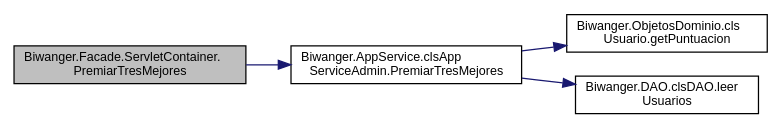
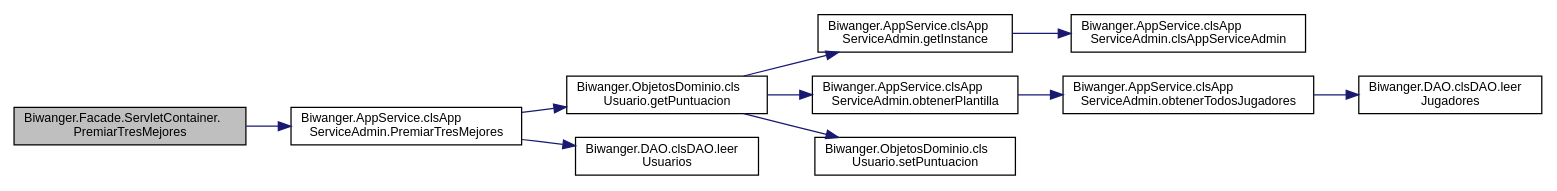
The diagram in docs/class_biwanger_1_1_facade_1_1_servlet_container_a8006bab79e1568517126c47868a90941_cgraph.dot (nagorecb/BiwangerServidor), drawn with Graphviz before and after one commit. The commit also changed 94 other files, not shown here.

```diff
--- a/docs/class_biwanger_1_1_facade_1_1_servlet_container_a8006bab79e1568517126c47868a90941_cgraph.dot
+++ b/docs/class_biwanger_1_1_facade_1_1_servlet_container_a8006bab79e1568517126c47868a90941_cgraph.dot
@@ -1,14 +1,26 @@
 digraph "Biwanger.Facade.ServletContainer.PremiarTresMejores"
 {
  // LATEX_PDF_SIZE
   edge [fontname="Helvetica",fontsize="10",labelfontname="Helvetica",labelfontsize="10"];
   node [fontname="Helvetica",fontsize="10",shape=record];
   rankdir="LR";
   Node1 [label="Biwanger.Facade.ServletContainer.\lPremiarTresMejores",height=0.2,width=0.4,color="black", fillcolor="grey75", style="filled", fontcolor="black",tooltip=" "];
   Node1 -> Node2 [color="midnightblue",fontsize="10",style="solid",fontname="Helvetica"];
   Node2 [label="Biwanger.AppService.clsApp\lServiceAdmin.PremiarTresMejores",height=0.2,width=0.4,color="black", fillcolor="white", style="filled",URL="$class_biwanger_1_1_app_service_1_1cls_app_service_admin.html#a745d1a0c5ea706ffd97616cb4d2e0672",tooltip=" "];
   Node2 -> Node3 [color="midnightblue",fontsize="10",style="solid",fontname="Helvetica"];
   Node3 [label="Biwanger.ObjetosDominio.cls\lUsuario.getPuntuacion",height=0.2,width=0.4,color="black", fillcolor="white", style="filled",URL="$class_biwanger_1_1_objetos_dominio_1_1cls_usuario.html#a8043716fb0488b460818ea29e73410e6",tooltip=" "];
-  Node2 -> Node4 [color="midnightblue",fontsize="10",style="solid",fontname="Helvetica"];
-  Node4 [label="Biwanger.DAO.clsDAO.leer\lUsuarios",height=0.2,width=0.4,color="black", fillcolor="white", style="filled",URL="$class_biwanger_1_1_d_a_o_1_1cls_d_a_o.html#ac5b5d7f6081c59086f4f9572bf639783",tooltip=" "];
+  Node3 -> Node4 [color="midnightblue",fontsize="10",style="solid",fontname="Helvetica"];
+  Node4 [label="Biwanger.AppService.clsApp\lServiceAdmin.getInstance",height=0.2,width=0.4,color="black", fillcolor="white", style="filled",URL="$class_biwanger_1_1_app_service_1_1cls_app_service_admin.html#a868f96796d94344e5a4b03e97086b7a1",tooltip=" "];
+  Node4 -> Node5 [color="midnightblue",fontsize="10",style="solid",fontname="Helvetica"];
+  Node5 [label="Biwanger.AppService.clsApp\lServiceAdmin.clsAppServiceAdmin",height=0.2,width=0.4,color="black", fillcolor="white", style="filled",URL="$class_biwanger_1_1_app_service_1_1cls_app_service_admin.html#a0737e02f68225f27d91758a1b57860b7",tooltip=" "];
+  Node3 -> Node6 [color="midnightblue",fontsize="10",style="solid",fontname="Helvetica"];
+  Node6 [label="Biwanger.AppService.clsApp\lServiceAdmin.obtenerPlantilla",height=0.2,width=0.4,color="black", fillcolor="white", style="filled",URL="$class_biwanger_1_1_app_service_1_1cls_app_service_admin.html#a7afcdff078b56c311f5f87faf3c085ff",tooltip=" "];
+  Node6 -> Node7 [color="midnightblue",fontsize="10",style="solid",fontname="Helvetica"];
+  Node7 [label="Biwanger.AppService.clsApp\lServiceAdmin.obtenerTodosJugadores",height=0.2,width=0.4,color="black", fillcolor="white", style="filled",URL="$class_biwanger_1_1_app_service_1_1cls_app_service_admin.html#a27e6abd6e208ab631d047968791b6a12",tooltip=" "];
+  Node7 -> Node8 [color="midnightblue",fontsize="10",style="solid",fontname="Helvetica"];
+  Node8 [label="Biwanger.DAO.clsDAO.leer\lJugadores",height=0.2,width=0.4,color="black", fillcolor="white", style="filled",URL="$class_biwanger_1_1_d_a_o_1_1cls_d_a_o.html#aee6320d3de60ff15133ac7d8e4b787a0",tooltip=" "];
+  Node3 -> Node9 [color="midnightblue",fontsize="10",style="solid",fontname="Helvetica"];
+  Node9 [label="Biwanger.ObjetosDominio.cls\lUsuario.setPuntuacion",height=0.2,width=0.4,color="black", fillcolor="white", style="filled",URL="$class_biwanger_1_1_objetos_dominio_1_1cls_usuario.html#afe10a921318df0ae42cd3449c5898bfe",tooltip=" "];
+  Node2 -> Node10 [color="midnightblue",fontsize="10",style="solid",fontname="Helvetica"];
+  Node10 [label="Biwanger.DAO.clsDAO.leer\lUsuarios",height=0.2,width=0.4,color="black", fillcolor="white", style="filled",URL="$class_biwanger_1_1_d_a_o_1_1cls_d_a_o.html#ac5b5d7f6081c59086f4f9572bf639783",tooltip=" "];
 }
```
